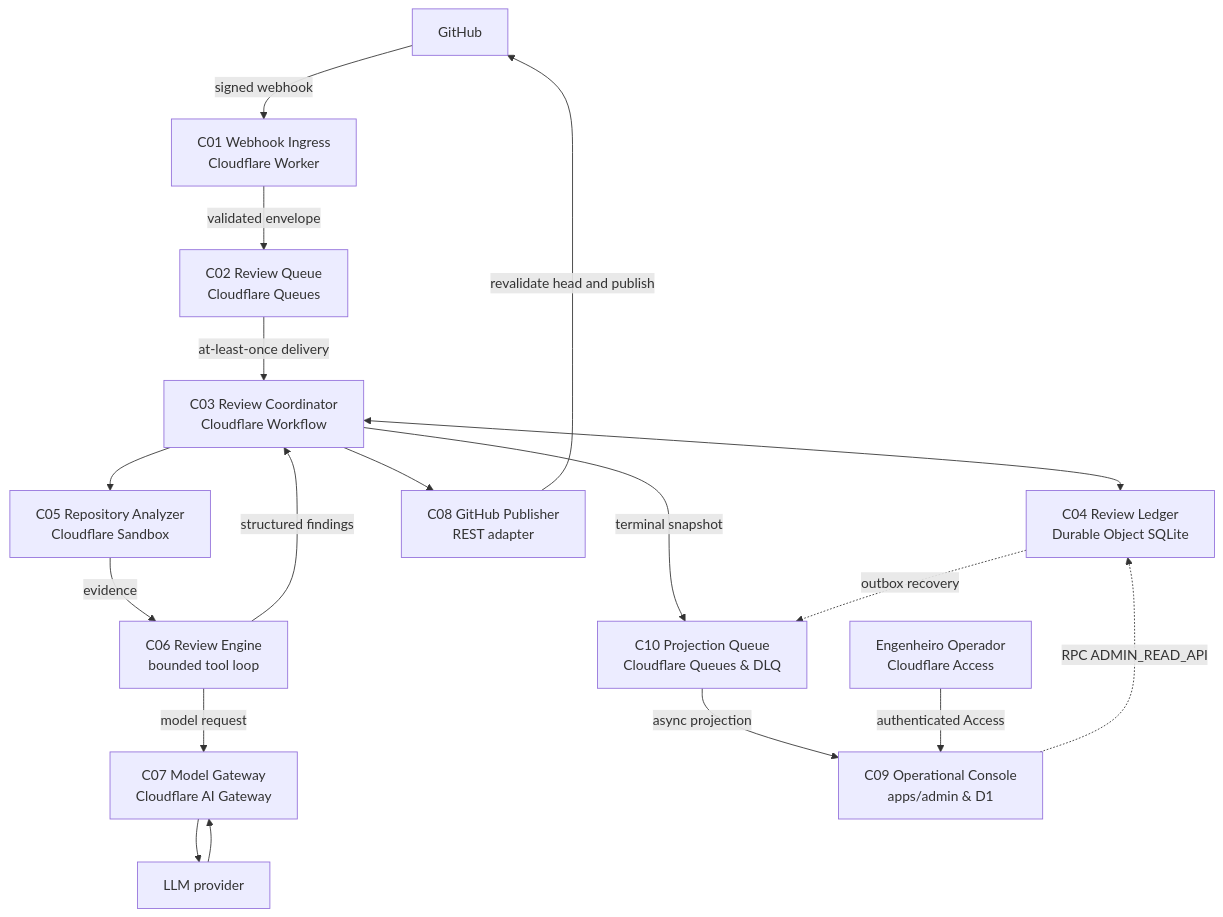
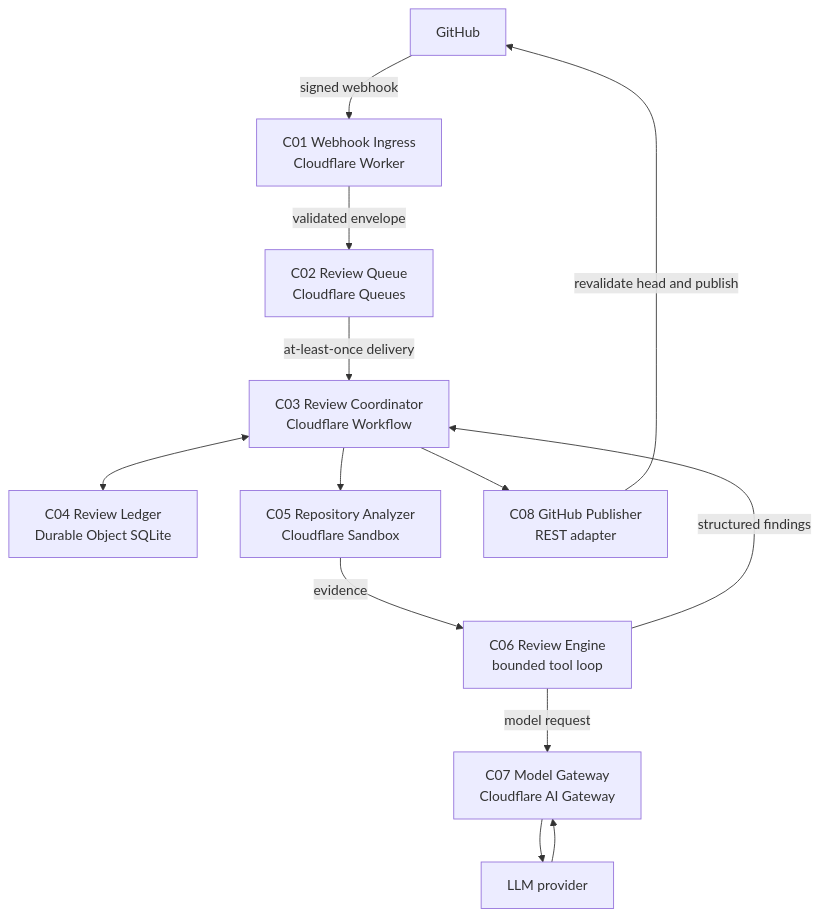
One commit to ThiagoCrepequer/holon changed the diagram in docs/architecture/container-view.md. Above: the diagram before and after it, drawn with Mermaid. The commit also changed other lines of this file and 217 other files, not shown here.

````diff
--- a/docs/architecture/container-view.md
+++ b/docs/architecture/container-view.md
@@ -21,34 +21,26 @@
 ```mermaid
 flowchart TD
     GH[GitHub]
     C01[C01 Webhook Ingress<br/>Cloudflare Worker]
     C02[C02 Review Queue<br/>Cloudflare Queues]
     C03[C03 Review Coordinator<br/>Cloudflare Workflow]
     C04[C04 Review Ledger<br/>Durable Object SQLite]
     C05[C05 Repository Analyzer<br/>Cloudflare Sandbox]
     C06[C06 Review Engine<br/>bounded tool loop]
     C07[C07 Model Gateway<br/>Cloudflare AI Gateway]
     C08[C08 GitHub Publisher<br/>REST adapter]
-    C09[C09 Operational Console<br/>apps/admin & D1]
-    C10[C10 Projection Queue<br/>Cloudflare Queues & DLQ]
-    OP[Engenheiro Operador<br/>Cloudflare Access]
     MODEL[LLM provider]
 
     GH -->|signed webhook| C01
     C01 -->|validated envelope| C02
     C02 -->|at-least-once delivery| C03
     C03 <--> C04
     C03 --> C05
     C05 -->|evidence| C06
     C06 -->|model request| C07
     C07 --> MODEL
     MODEL --> C07
     C06 -->|structured findings| C03
     C03 --> C08
     C08 -->|revalidate head and publish| GH
-    C03 -->|terminal snapshot| C10
-    C04 -.->|outbox recovery| C10
-    C10 -->|async projection| C09
-    OP -->|authenticated Access| C09
-    C09 -.->|RPC ADMIN_READ_API| C04
 ```
````
